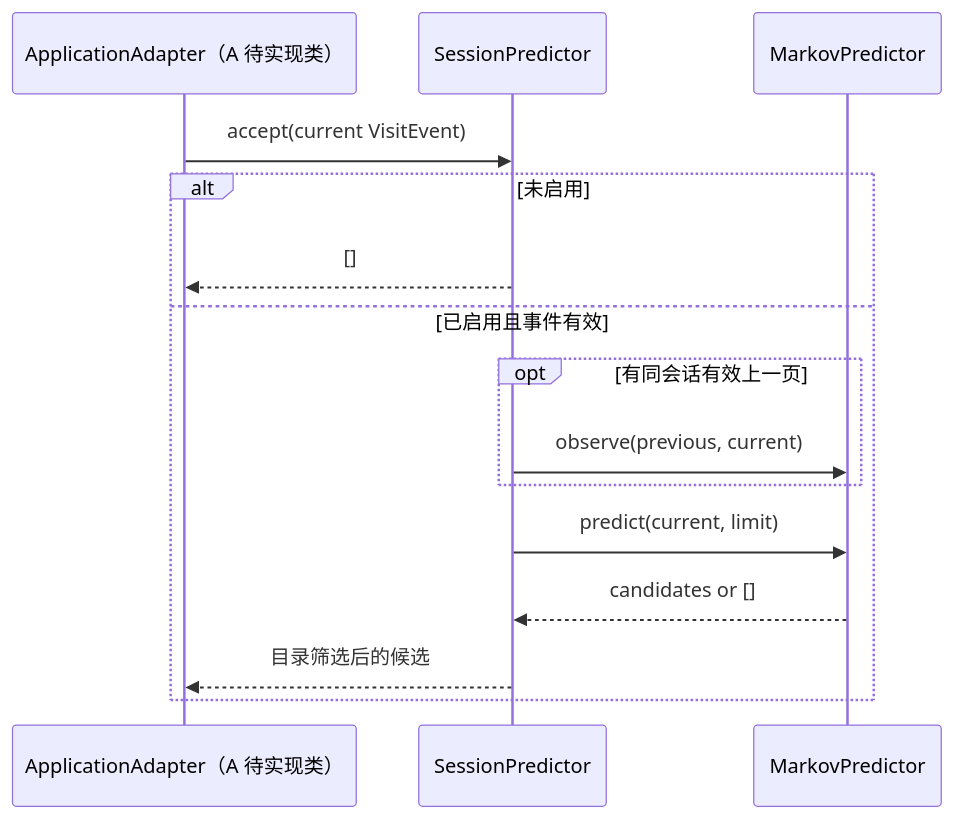
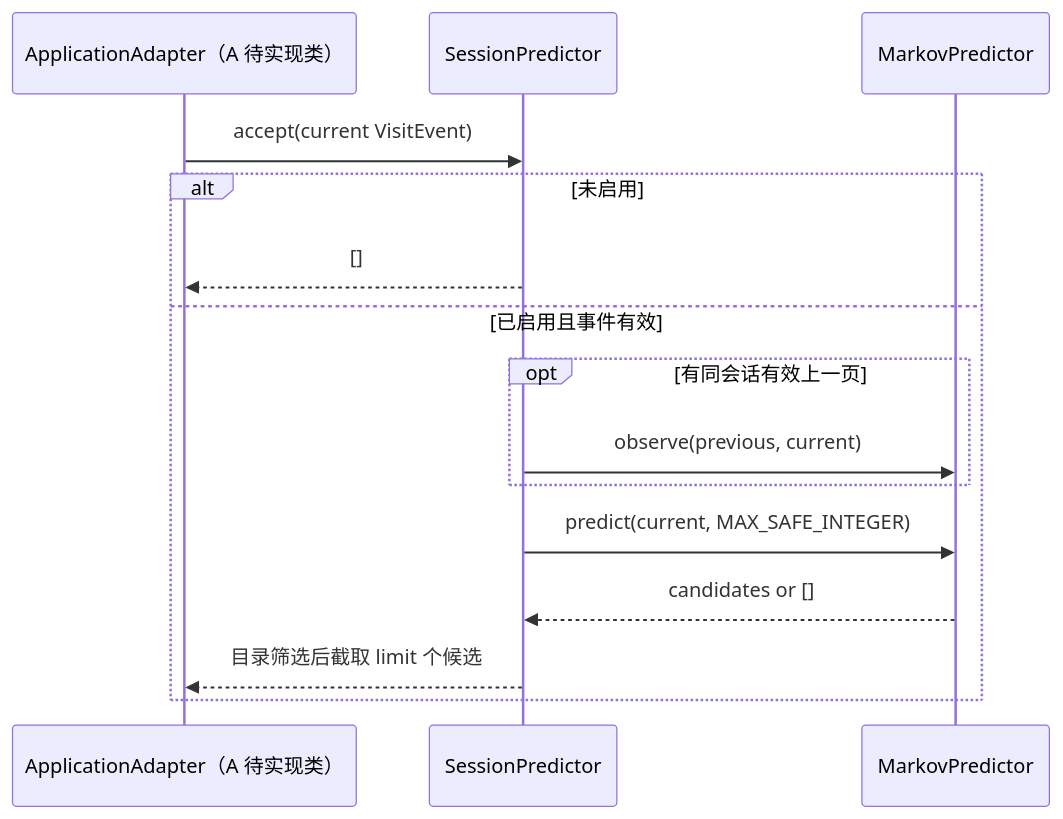
Before and after one commit to hhq2004/Open_Harmony: the second of 2 diagrams in docs/prediction.md, drawn with Mermaid. The commit also changed other lines of this file and 10 other files, not shown here.

Commit message:
feat: replay prediction lifecycle events through the session adapter

````diff
--- a/docs/prediction.md
+++ b/docs/prediction.md
@@ -118,17 +134,17 @@
 ```mermaid
 sequenceDiagram
     participant Adapter as ApplicationAdapter（A 待实现类）
     participant Session as SessionPredictor
     participant Model as MarkovPredictor
     Adapter->>Session: accept(current VisitEvent)
     alt 未启用
         Session-->>Adapter: []
     else 已启用且事件有效
         opt 有同会话有效上一页
             Session->>Model: observe(previous, current)
         end
-        Session->>Model: predict(current, limit)
+        Session->>Model: predict(current, MAX_SAFE_INTEGER)
         Model-->>Session: candidates or []
-        Session-->>Adapter: 目录筛选后的候选
+        Session-->>Adapter: 目录筛选后截取 limit 个候选
     end
 ```
````
